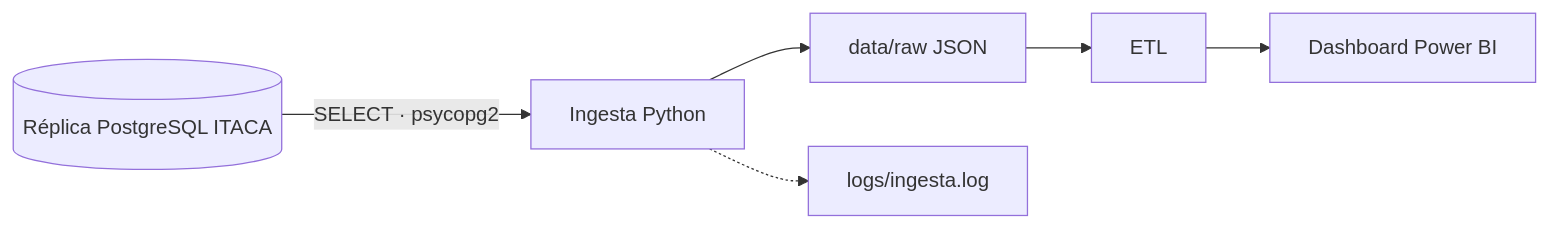
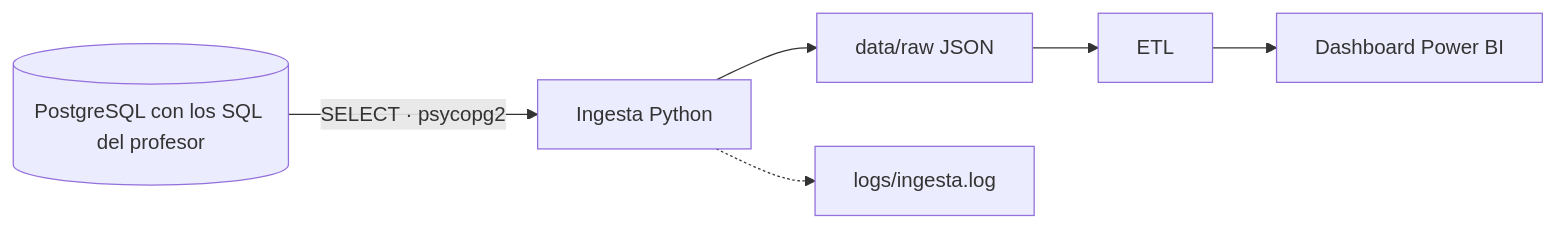
The diagram in README.md (IshimiG/bigdata-p2-itaca-bd), drawn with Mermaid before and after one commit. The commit also changed other lines of this file and 11 other files, not shown here.

First line of the commit message:
Práctica 2: base de origen con los 5 SQL del profesor y ingesta sin datos personales

````diff
--- a/README.md
+++ b/README.md
@@ -11,8 +11,8 @@
 ```mermaid
 graph LR
-    A[(Réplica PostgreSQL ITACA)] -->|SELECT · psycopg2| B[Ingesta Python]
+    A[(PostgreSQL con los SQL del profesor)] -->|SELECT · psycopg2| B[Ingesta Python]
     B --> C[data/raw JSON]
     C --> D[ETL]
     D --> E[Dashboard Power BI]
     B -.-> L[logs/ingesta.log]
 ```
````
